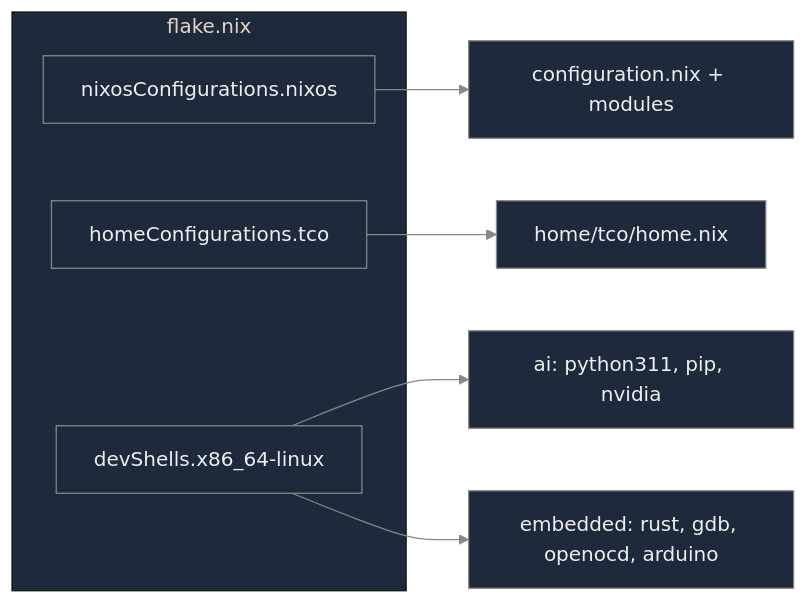
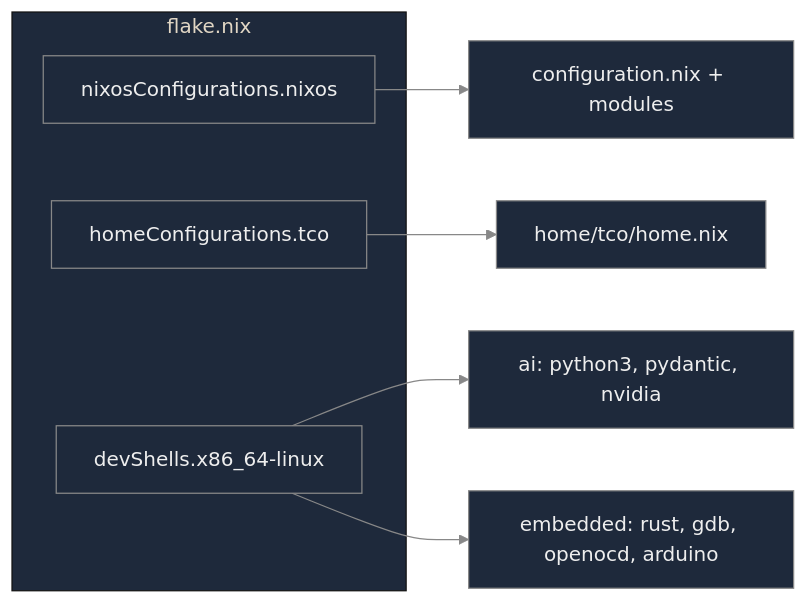
Before and after one commit to RomeoCavazza/nixos-config: the fifth of 5 diagrams in docs/README.md, drawn with Mermaid. The commit also changed other lines of this file and 2 other files, not shown here.

Commit message:
docs: overhaul documentation and simplify to Top 5 diagrams

````diff
--- a/docs/README.md
+++ b/docs/README.md
@@ -162,19 +138,19 @@
 ```mermaid
 %%{init: {'theme': 'base', 'themeVariables': { 'primaryColor': '#1e293b', 'secondaryColor': '#1e293b', 'tertiaryColor': '#1e293b', 'primaryBorderColor': '#888', 'lineColor': '#888', 'primaryTextColor': '#eee' }}}%%
 flowchart LR
   subgraph flake["flake.nix"]
     nixos[nixosConfigurations.nixos]
     home[homeConfigurations.tco]
     shells[devShells.x86_64-linux]
   end
 
   sys[configuration.nix + modules]
   hm[home/tco/home.nix]
-  ai[ai: python311, pip, nvidia]
+  ai[ai: python3, pydantic, nvidia]
   emb[embedded: rust, gdb, openocd, arduino]
 
   nixos --> sys
   home --> hm
   shells --> ai
   shells --> emb
 ```
````
